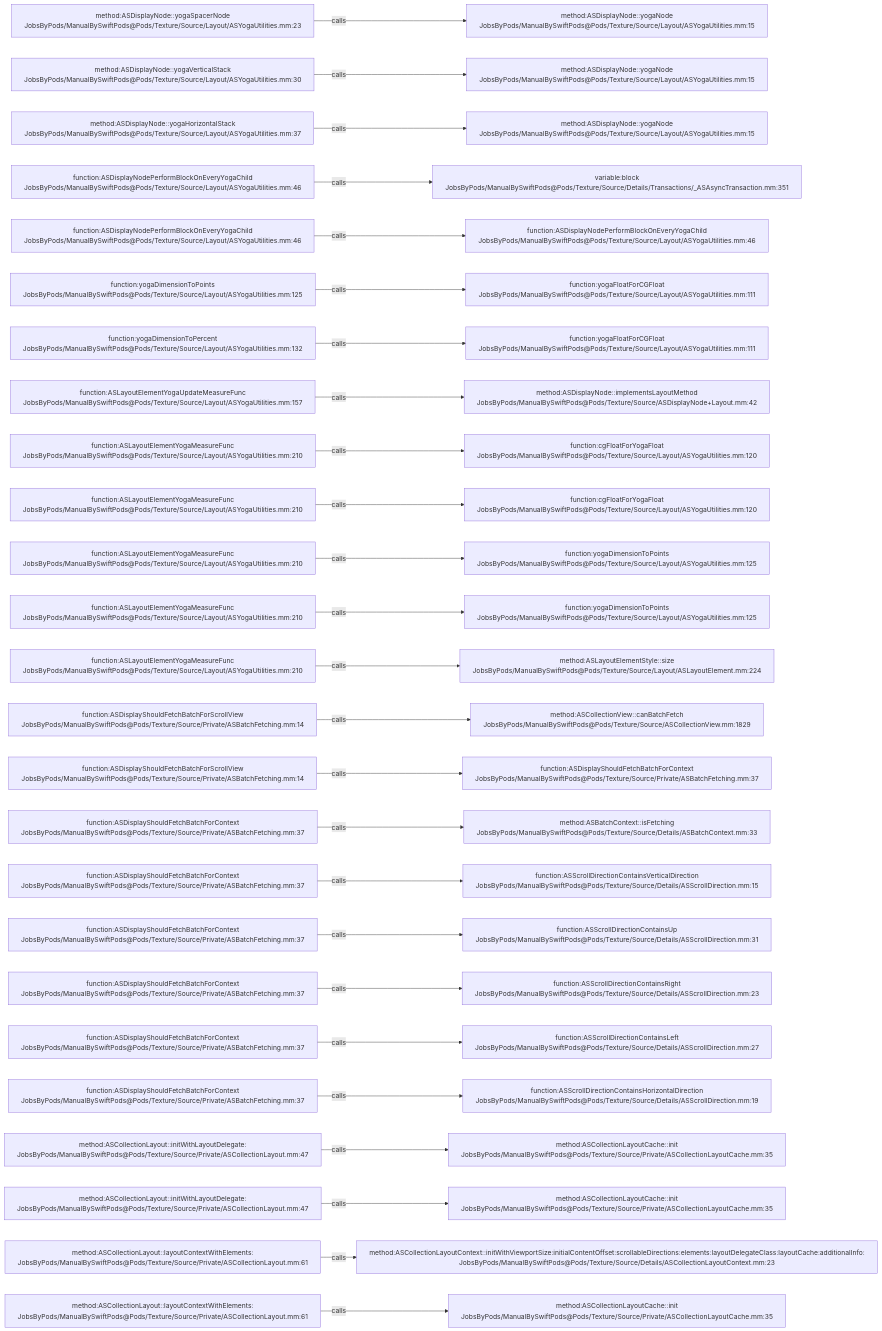
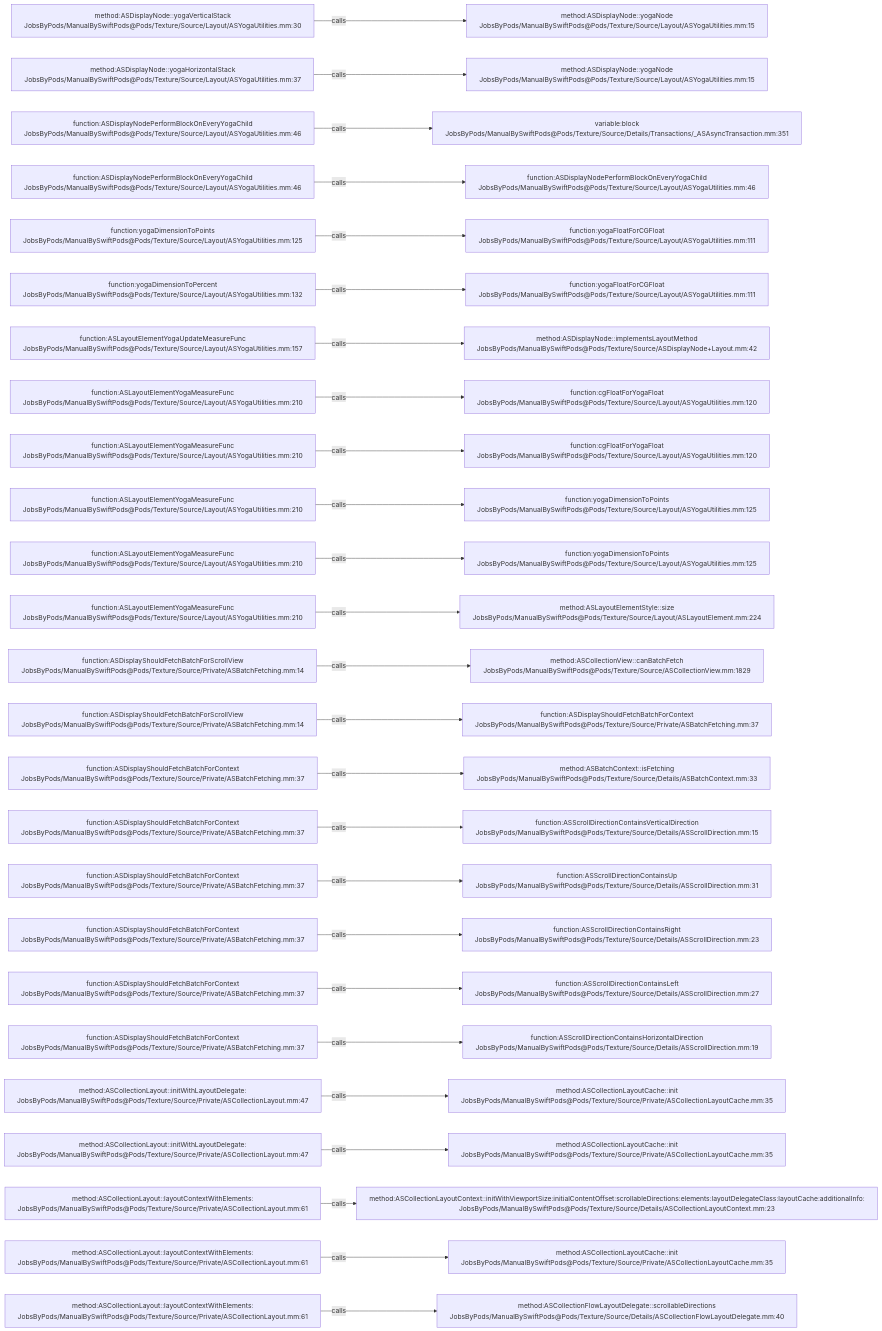
Before and after one commit to JobsKits/JobsSwiftBaseConfigDemo: the diagram in .codegraph/codegraph.md/graphs/calls-114.md, drawn with Mermaid. The commit also changed 747 other files, not shown here.

````diff
--- a/.codegraph/codegraph.md/graphs/calls-114.md
+++ b/.codegraph/codegraph.md/graphs/calls-114.md
@@ -13,78 +13,78 @@
 ```mermaid
 flowchart LR
-  S1["method:ASDisplayNode::yogaSpacerNode<br/>JobsByPods/ManualBySwiftPods@Pods/Texture/Source/Layout/ASYogaUtilities.mm:23"]
+  S1["method:ASDisplayNode::yogaVerticalStack<br/>JobsByPods/ManualBySwiftPods@Pods/Texture/Source/Layout/ASYogaUtilities.mm:30"]
   T1["method:ASDisplayNode::yogaNode<br/>JobsByPods/ManualBySwiftPods@Pods/Texture/Source/Layout/ASYogaUtilities.mm:15"]
   S1 -->|calls| T1
-  S2["method:ASDisplayNode::yogaVerticalStack<br/>JobsByPods/ManualBySwiftPods@Pods/Texture/Source/Layout/ASYogaUtilities.mm:30"]
+  S2["method:ASDisplayNode::yogaHorizontalStack<br/>JobsByPods/ManualBySwiftPods@Pods/Texture/Source/Layout/ASYogaUtilities.mm:37"]
   T2["method:ASDisplayNode::yogaNode<br/>JobsByPods/ManualBySwiftPods@Pods/Texture/Source/Layout/ASYogaUtilities.mm:15"]
   S2 -->|calls| T2
-  S3["method:ASDisplayNode::yogaHorizontalStack<br/>JobsByPods/ManualBySwiftPods@Pods/Texture/Source/Layout/ASYogaUtilities.mm:37"]
-  T3["method:ASDisplayNode::yogaNode<br/>JobsByPods/ManualBySwiftPods@Pods/Texture/Source/Layout/ASYogaUtilities.mm:15"]
+  S3["function:ASDisplayNodePerformBlockOnEveryYogaChild<br/>JobsByPods/ManualBySwiftPods@Pods/Texture/Source/Layout/ASYogaUtilities.mm:46"]
+  T3["variable:block<br/>JobsByPods/ManualBySwiftPods@Pods/Texture/Source/Details/Transactions/_ASAsyncTransaction.mm:351"]
   S3 -->|calls| T3
   S4["function:ASDisplayNodePerformBlockOnEveryYogaChild<br/>JobsByPods/ManualBySwiftPods@Pods/Texture/Source/Layout/ASYogaUtilities.mm:46"]
-  T4["variable:block<br/>JobsByPods/ManualBySwiftPods@Pods/Texture/Source/Details/Transactions/_ASAsyncTransaction.mm:351"]
+  T4["function:ASDisplayNodePerformBlockOnEveryYogaChild<br/>JobsByPods/ManualBySwiftPods@Pods/Texture/Source/Layout/ASYogaUtilities.mm:46"]
   S4 -->|calls| T4
-  S5["function:ASDisplayNodePerformBlockOnEveryYogaChild<br/>JobsByPods/ManualBySwiftPods@Pods/Texture/Source/Layout/ASYogaUtilities.mm:46"]
-  T5["function:ASDisplayNodePerformBlockOnEveryYogaChild<br/>JobsByPods/ManualBySwiftPods@Pods/Texture/Source/Layout/ASYogaUtilities.mm:46"]
+  S5["function:yogaDimensionToPoints<br/>JobsByPods/ManualBySwiftPods@Pods/Texture/Source/Layout/ASYogaUtilities.mm:125"]
+  T5["function:yogaFloatForCGFloat<br/>JobsByPods/ManualBySwiftPods@Pods/Texture/Source/Layout/ASYogaUtilities.mm:111"]
   S5 -->|calls| T5
-  S6["function:yogaDimensionToPoints<br/>JobsByPods/ManualBySwiftPods@Pods/Texture/Source/Layout/ASYogaUtilities.mm:125"]
+  S6["function:yogaDimensionToPercent<br/>JobsByPods/ManualBySwiftPods@Pods/Texture/Source/Layout/ASYogaUtilities.mm:132"]
   T6["function:yogaFloatForCGFloat<br/>JobsByPods/ManualBySwiftPods@Pods/Texture/Source/Layout/ASYogaUtilities.mm:111"]
   S6 -->|calls| T6
-  S7["function:yogaDimensionToPercent<br/>JobsByPods/ManualBySwiftPods@Pods/Texture/Source/Layout/ASYogaUtilities.mm:132"]
-  T7["function:yogaFloatForCGFloat<br/>JobsByPods/ManualBySwiftPods@Pods/Texture/Source/Layout/ASYogaUtilities.mm:111"]
+  S7["function:ASLayoutElementYogaUpdateMeasureFunc<br/>JobsByPods/ManualBySwiftPods@Pods/Texture/Source/Layout/ASYogaUtilities.mm:157"]
+  T7["method:ASDisplayNode::implementsLayoutMethod<br/>JobsByPods/ManualBySwiftPods@Pods/Texture/Source/ASDisplayNode+Layout.mm:42"]
   S7 -->|calls| T7
-  S8["function:ASLayoutElementYogaUpdateMeasureFunc<br/>JobsByPods/ManualBySwiftPods@Pods/Texture/Source/Layout/ASYogaUtilities.mm:157"]
-  T8["method:ASDisplayNode::implementsLayoutMethod<br/>JobsByPods/ManualBySwiftPods@Pods/Texture/Source/ASDisplayNode+Layout.mm:42"]
+  S8["function:ASLayoutElementYogaMeasureFunc<br/>JobsByPods/ManualBySwiftPods@Pods/Texture/Source/Layout/ASYogaUtilities.mm:210"]
+  T8["function:cgFloatForYogaFloat<br/>JobsByPods/ManualBySwiftPods@Pods/Texture/Source/Layout/ASYogaUtilities.mm:120"]
   S8 -->|calls| T8
   S9["function:ASLayoutElementYogaMeasureFunc<br/>JobsByPods/ManualBySwiftPods@Pods/Texture/Source/Layout/ASYogaUtilities.mm:210"]
   T9["function:cgFloatForYogaFloat<br/>JobsByPods/ManualBySwiftPods@Pods/Texture/Source/Layout/ASYogaUtilities.mm:120"]
   S9 -->|calls| T9
   S10["function:ASLayoutElementYogaMeasureFunc<br/>JobsByPods/ManualBySwiftPods@Pods/Texture/Source/Layout/ASYogaUtilities.mm:210"]
-  T10["function:cgFloatForYogaFloat<br/>JobsByPods/ManualBySwiftPods@Pods/Texture/Source/Layout/ASYogaUtilities.mm:120"]
+  T10["function:yogaDimensionToPoints<br/>JobsByPods/ManualBySwiftPods@Pods/Texture/Source/Layout/ASYogaUtilities.mm:125"]
   S10 -->|calls| T10
   S11["function:ASLayoutElementYogaMeasureFunc<br/>JobsByPods/ManualBySwiftPods@Pods/Texture/Source/Layout/ASYogaUtilities.mm:210"]
   T11["function:yogaDimensionToPoints<br/>JobsByPods/ManualBySwiftPods@Pods/Texture/Source/Layout/ASYogaUtilities.mm:125"]
   S11 -->|calls| T11
   S12["function:ASLayoutElementYogaMeasureFunc<br/>JobsByPods/ManualBySwiftPods@Pods/Texture/Source/Layout/ASYogaUtilities.mm:210"]
-  T12["function:yogaDimensionToPoints<br/>JobsByPods/ManualBySwiftPods@Pods/Texture/Source/Layout/ASYogaUtilities.mm:125"]
+  T12["method:ASLayoutElementStyle::size<br/>JobsByPods/ManualBySwiftPods@Pods/Texture/Source/Layout/ASLayoutElement.mm:224"]
   S12 -->|calls| T12
-  S13["function:ASLayoutElementYogaMeasureFunc<br/>JobsByPods/ManualBySwiftPods@Pods/Texture/Source/Layout/ASYogaUtilities.mm:210"]
-  T13["method:ASLayoutElementStyle::size<br/>JobsByPods/ManualBySwiftPods@Pods/Texture/Source/Layout/ASLayoutElement.mm:224"]
+  S13["function:ASDisplayShouldFetchBatchForScrollView<br/>JobsByPods/ManualBySwiftPods@Pods/Texture/Source/Private/ASBatchFetching.mm:14"]
+  T13["method:ASCollectionView::canBatchFetch<br/>JobsByPods/ManualBySwiftPods@Pods/Texture/Source/ASCollectionView.mm:1829"]
   S13 -->|calls| T13
   S14["function:ASDisplayShouldFetchBatchForScrollView<br/>JobsByPods/ManualBySwiftPods@Pods/Texture/Source/Private/ASBatchFetching.mm:14"]
-  T14["method:ASCollectionView::canBatchFetch<br/>JobsByPods/ManualBySwiftPods@Pods/Texture/Source/ASCollectionView.mm:1829"]
+  T14["function:ASDisplayShouldFetchBatchForContext<br/>JobsByPods/ManualBySwiftPods@Pods/Texture/Source/Private/ASBatchFetching.mm:37"]
   S14 -->|calls| T14
-  S15["function:ASDisplayShouldFetchBatchForScrollView<br/>JobsByPods/ManualBySwiftPods@Pods/Texture/Source/Private/ASBatchFetching.mm:14"]
-  T15["function:ASDisplayShouldFetchBatchForContext<br/>JobsByPods/ManualBySwiftPods@Pods/Texture/Source/Private/ASBatchFetching.mm:37"]
+  S15["function:ASDisplayShouldFetchBatchForContext<br/>JobsByPods/ManualBySwiftPods@Pods/Texture/Source/Private/ASBatchFetching.mm:37"]
+  T15["method:ASBatchContext::isFetching<br/>JobsByPods/ManualBySwiftPods@Pods/Texture/Source/Details/ASBatchContext.mm:33"]
   S15 -->|calls| T15
   S16["function:ASDisplayShouldFetchBatchForContext<br/>JobsByPods/ManualBySwiftPods@Pods/Texture/Source/Private/ASBatchFetching.mm:37"]
-  T16["method:ASBatchContext::isFetching<br/>JobsByPods/ManualBySwiftPods@Pods/Texture/Source/Details/ASBatchContext.mm:33"]
+  T16["function:ASScrollDirectionContainsVerticalDirection<br/>JobsByPods/ManualBySwiftPods@Pods/Texture/Source/Details/ASScrollDirection.mm:15"]
   S16 -->|calls| T16
   S17["function:ASDisplayShouldFetchBatchForContext<br/>JobsByPods/ManualBySwiftPods@Pods/Texture/Source/Private/ASBatchFetching.mm:37"]
-  T17["function:ASScrollDirectionContainsVerticalDirection<br/>JobsByPods/ManualBySwiftPods@Pods/Texture/Source/Details/ASScrollDirection.mm:15"]
+  T17["function:ASScrollDirectionContainsUp<br/>JobsByPods/ManualBySwiftPods@Pods/Texture/Source/Details/ASScrollDirection.mm:31"]
   S17 -->|calls| T17
   S18["function:ASDisplayShouldFetchBatchForContext<br/>JobsByPods/ManualBySwiftPods@Pods/Texture/Source/Private/ASBatchFetching.mm:37"]
-  T18["function:ASScrollDirectionContainsUp<br/>JobsByPods/ManualBySwiftPods@Pods/Texture/Source/Details/ASScrollDirection.mm:31"]
+  T18["function:ASScrollDirectionContainsRight<br/>JobsByPods/ManualBySwiftPods@Pods/Texture/Source/Details/ASScrollDirection.mm:23"]
   S18 -->|calls| T18
   S19["function:ASDisplayShouldFetchBatchForContext<br/>JobsByPods/ManualBySwiftPods@Pods/Texture/Source/Private/ASBatchFetching.mm:37"]
-  T19["function:ASScrollDirectionContainsRight<br/>JobsByPods/ManualBySwiftPods@Pods/Texture/Source/Details/ASScrollDirection.mm:23"]
+  T19["function:ASScrollDirectionContainsLeft<br/>JobsByPods/ManualBySwiftPods@Pods/Texture/Source/Details/ASScrollDirection.mm:27"]
   S19 -->|calls| T19
   S20["function:ASDisplayShouldFetchBatchForContext<br/>JobsByPods/ManualBySwiftPods@Pods/Texture/Source/Private/ASBatchFetching.mm:37"]
-  T20["function:ASScrollDirectionContainsLeft<br/>JobsByPods/ManualBySwiftPods@Pods/Texture/Source/Details/ASScrollDirection.mm:27"]
+  T20["function:ASScrollDirectionContainsHorizontalDirection<br/>JobsByPods/ManualBySwiftPods@Pods/Texture/Source/Details/ASScrollDirection.mm:19"]
   S20 -->|calls| T20
-  S21["function:ASDisplayShouldFetchBatchForContext<br/>JobsByPods/ManualBySwiftPods@Pods/Texture/Source/Private/ASBatchFetching.mm:37"]
-  T21["function:ASScrollDirectionContainsHorizontalDirection<br/>JobsByPods/ManualBySwiftPods@Pods/Texture/Source/Details/ASScrollDirection.mm:19"]
+  S21["method:ASCollectionLayout::initWithLayoutDelegate:<br/>JobsByPods/ManualBySwiftPods@Pods/Texture/Source/Private/ASCollectionLayout.mm:47"]
+  T21["method:ASCollectionLayoutCache::init<br/>JobsByPods/ManualBySwiftPods@Pods/Texture/Source/Private/ASCollectionLayoutCache.mm:35"]
   S21 -->|calls| T21
   S22["method:ASCollectionLayout::initWithLayoutDelegate:<br/>JobsByPods/ManualBySwiftPods@Pods/Texture/Source/Private/ASCollectionLayout.mm:47"]
   T22["method:ASCollectionLayoutCache::init<br/>JobsByPods/ManualBySwiftPods@Pods/Texture/Source/Private/ASCollectionLayoutCache.mm:35"]
   S22 -->|calls| T22
-  S23["method:ASCollectionLayout::initWithLayoutDelegate:<br/>JobsByPods/ManualBySwiftPods@Pods/Texture/Source/Private/ASCollectionLayout.mm:47"]
-  T23["method:ASCollectionLayoutCache::init<br/>JobsByPods/ManualBySwiftPods@Pods/Texture/Source/Private/ASCollectionLayoutCache.mm:35"]
+  S23["method:ASCollectionLayout::layoutContextWithElements:<br/>JobsByPods/ManualBySwiftPods@Pods/Texture/Source/Private/ASCollectionLayout.mm:61"]
+  T23["method:ASCollectionLayoutContext::initWithViewportSize:initialContentOffset:scrollableDirections:elements:layoutDelegateClass:layoutCache:additionalInfo:<br/>JobsByPods/ManualBySwiftPods@Pods/Texture/Source/Details/ASCollectionLayoutContext.mm:23"]
   S23 -->|calls| T23
   S24["method:ASCollectionLayout::layoutContextWithElements:<br/>JobsByPods/ManualBySwiftPods@Pods/Texture/Source/Private/ASCollectionLayout.mm:61"]
-  T24["method:ASCollectionLayoutContext::initWithViewportSize:initialContentOffset:scrollableDirections:elements:layoutDelegateClass:layoutCache:additionalInfo:<br/>JobsByPods/ManualBySwiftPods@Pods/Texture/Source/Details/ASCollectionLayoutContext.mm:23"]
+  T24["method:ASCollectionLayoutCache::init<br/>JobsByPods/ManualBySwiftPods@Pods/Texture/Source/Private/ASCollectionLayoutCache.mm:35"]
   S24 -->|calls| T24
   S25["method:ASCollectionLayout::layoutContextWithElements:<br/>JobsByPods/ManualBySwiftPods@Pods/Texture/Source/Private/ASCollectionLayout.mm:61"]
-  T25["method:ASCollectionLayoutCache::init<br/>JobsByPods/ManualBySwiftPods@Pods/Texture/Source/Private/ASCollectionLayoutCache.mm:35"]
+  T25["method:ASCollectionFlowLayoutDelegate::scrollableDirections<br/>JobsByPods/ManualBySwiftPods@Pods/Texture/Source/Details/ASCollectionFlowLayoutDelegate.mm:40"]
   S25 -->|calls| T25
 ```
````
